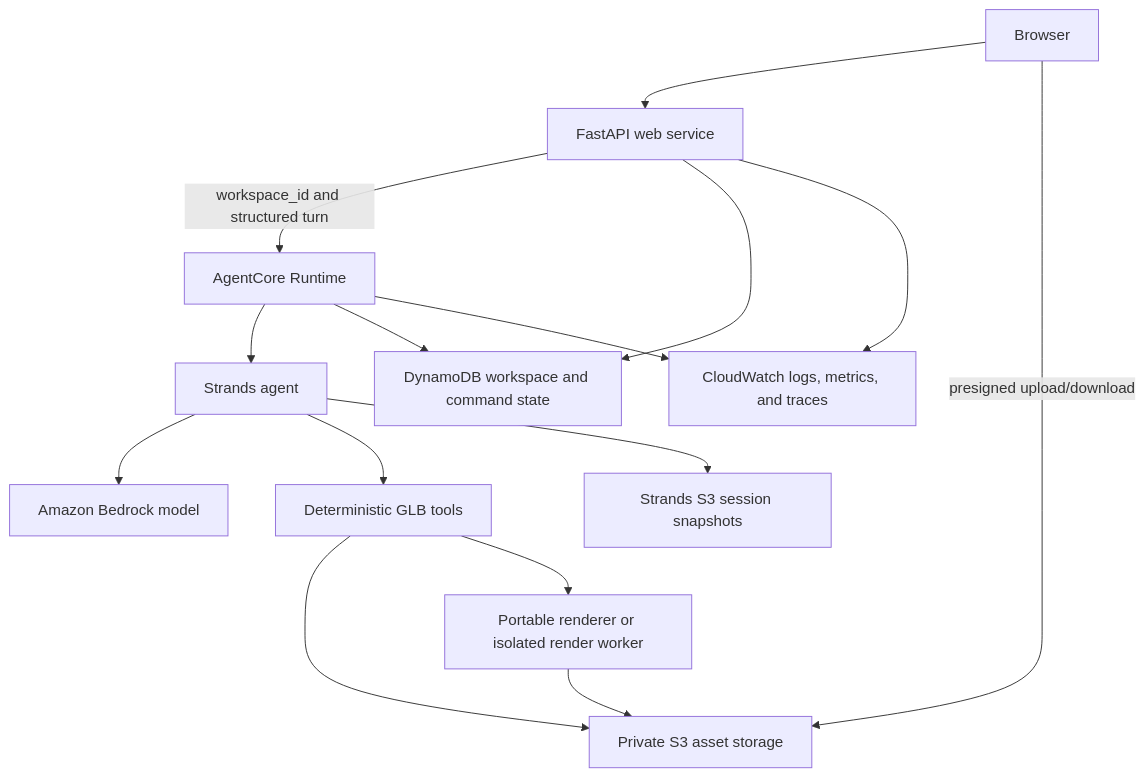
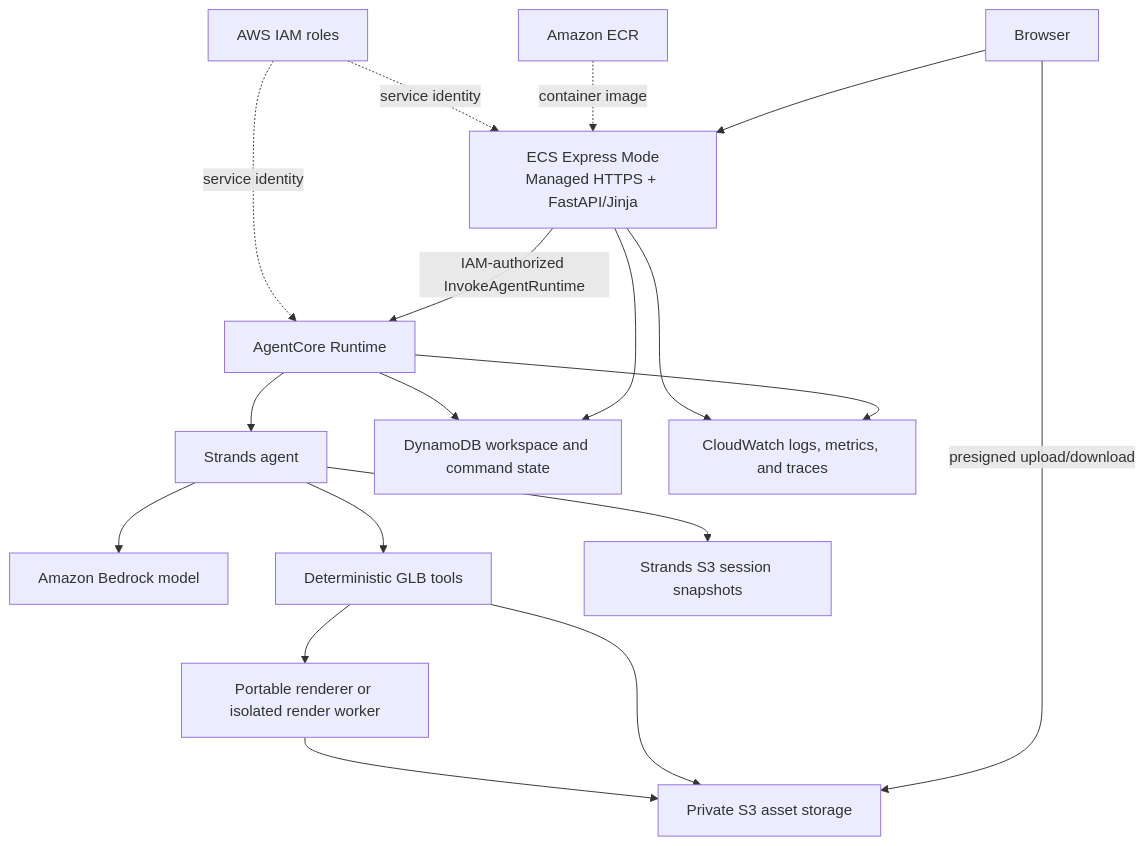
One commit to jcgennaro/asset-shepherd changed the second of 2 diagrams in docs/BEDROCK_DEPLOYMENT_RUNBOOK.md. Above: the diagram before and after it, drawn with Mermaid. The commit also changed other lines of this file and 4 other files, not shown here.

Commit message:
Simplify AWS contest architecture

````diff
--- a/docs/BEDROCK_DEPLOYMENT_RUNBOOK.md
+++ b/docs/BEDROCK_DEPLOYMENT_RUNBOOK.md
@@ -150,17 +150,20 @@
 ```mermaid
 flowchart TD
-    B[Browser] --> W[FastAPI web service]
+    B[Browser] --> W[ECS Express Mode<br/>Managed HTTPS + FastAPI/Jinja]
     B -->|presigned upload/download| S3[Private S3 asset storage]
-    W -->|workspace_id and structured turn| A[AgentCore Runtime]
+    W -->|IAM-authorized InvokeAgentRuntime| A[AgentCore Runtime]
     A --> ST[Strands agent]
     ST --> BR[Amazon Bedrock model]
     ST --> T[Deterministic GLB tools]
     T --> S3
     ST --> SS[Strands S3 session snapshots]
     W --> D[DynamoDB workspace and command state]
     A --> D
     A --> CW[CloudWatch logs, metrics, and traces]
     W --> CW
     T --> R[Portable renderer or isolated render worker]
     R --> S3
+    ECR[Amazon ECR] -. container image .-> W
+    IAM[AWS IAM roles] -. service identity .-> W
+    IAM -. service identity .-> A
 ```
````
